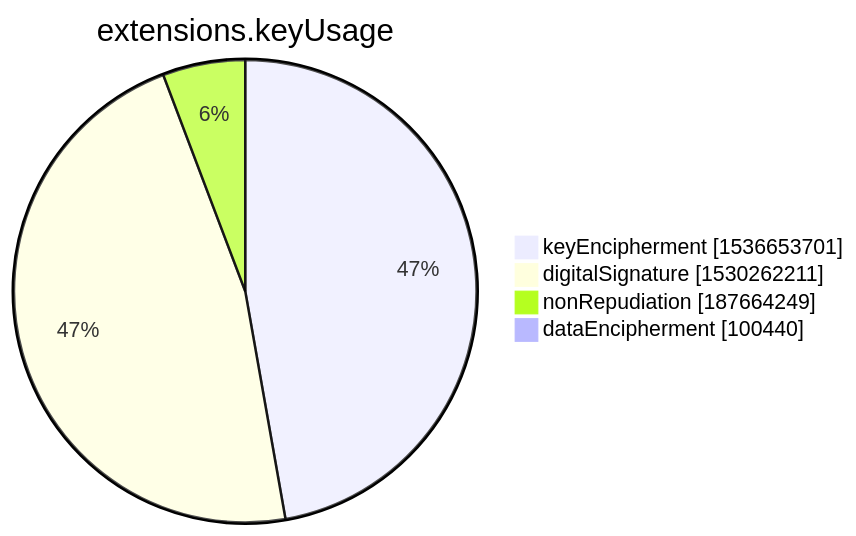
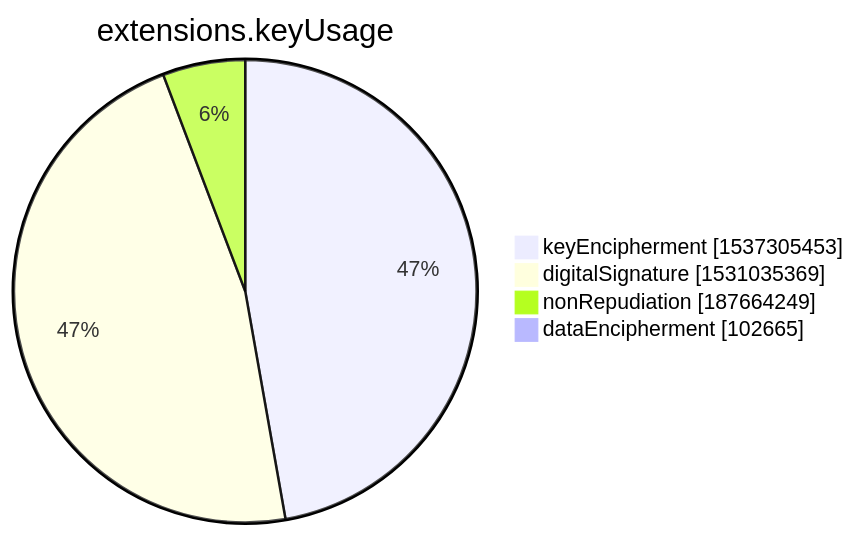
One commit to christiankrug/ctmonitor_visualization changed the seventh of 15 diagrams in xenon2022/README.md. Above: the diagram before and after it, drawn with Mermaid. The commit also changed other lines of this file, not shown here.

````diff
--- a/xenon2022/README.md
+++ b/xenon2022/README.md
@@ -2849,8 +2849,8 @@
 ```mermaid
 pie showData
 title extensions.keyUsage
-"keyEncipherment" :1536653701
-"digitalSignature" :1530262211
+"keyEncipherment" :1537305453
+"digitalSignature" :1531035369
 "nonRepudiation" :187664249
-"dataEncipherment" :100440
+"dataEncipherment" :102665
 ```
````
